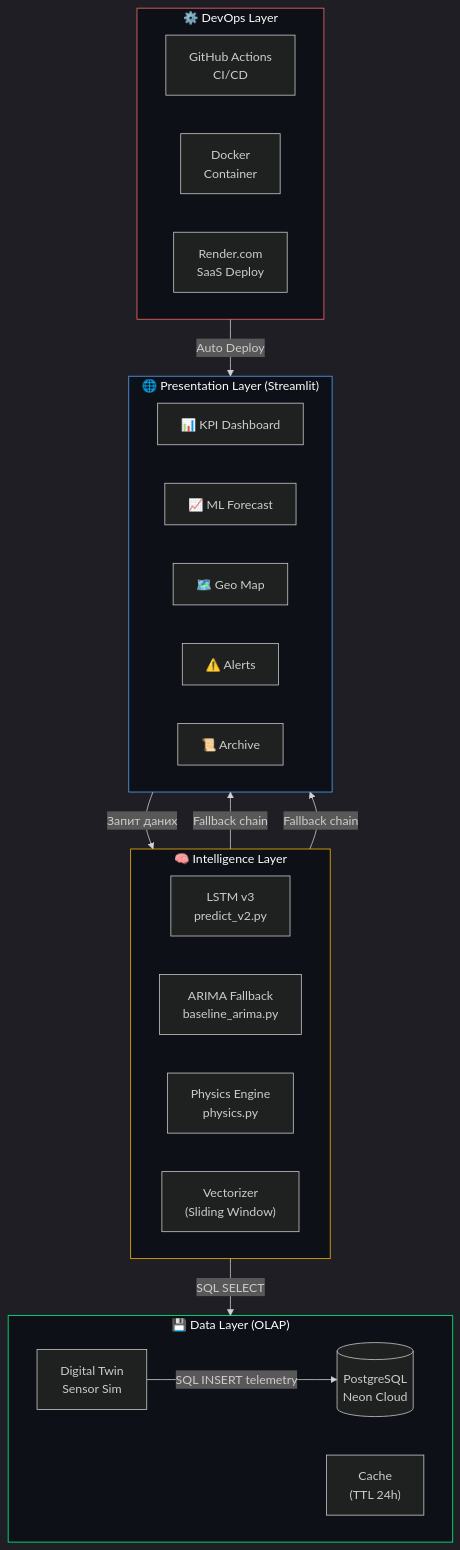
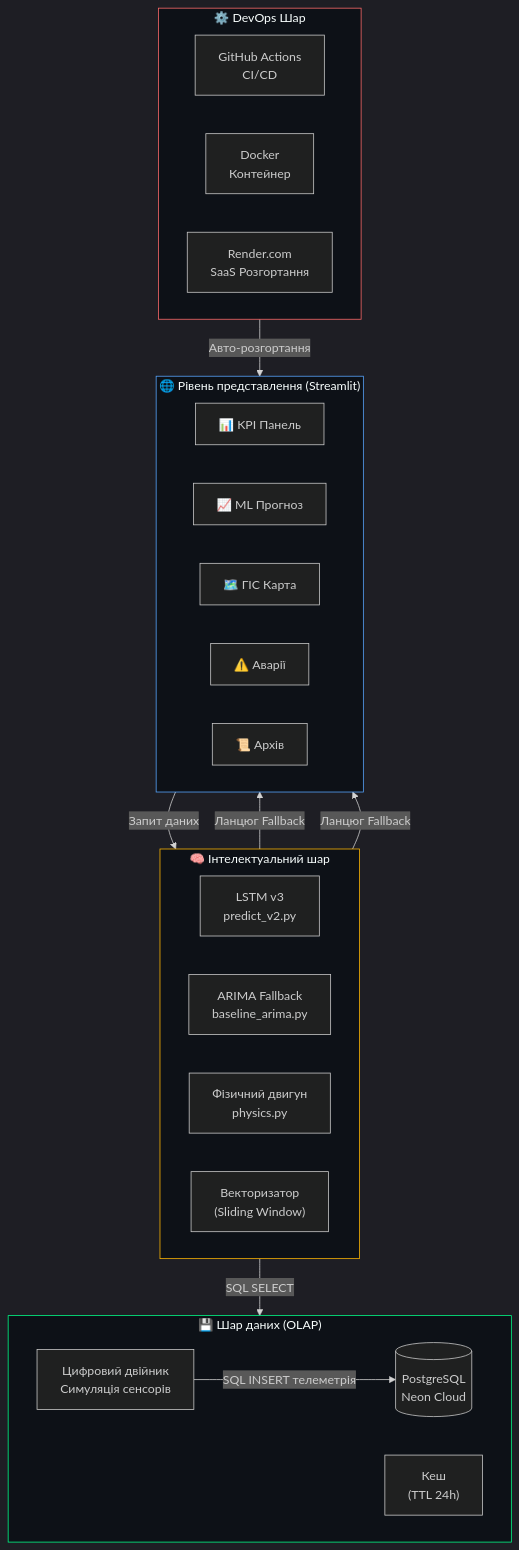
Before and after one commit to Lutvunenko-Dmutro/EnergyMonitor-OLAP: the first of 2 diagrams in ARCHITECTURE.md, drawn with Mermaid. The commit also changed other lines of this file and 4 other files, not shown here.

Commit message:
Docs: Complete Ukrainian translation of all documentation files (README, ARCHITECTURE, STATUS, DEVELOPMENT, DEPLOYMENT)

````diff
--- a/ARCHITECTURE.md
+++ b/ARCHITECTURE.md
@@ -11,45 +11,45 @@
 ```mermaid
 %%{init: {'theme': 'dark'}}%%
 graph TB
-    subgraph UI["🌐 Presentation Layer (Streamlit)"]
+    subgraph UI["🌐 Рівень представлення (Streamlit)"]
         direction LR
-        A1["📊 KPI Dashboard"]
-        A2["📈 ML Forecast"]
-        A3["🗺️ Geo Map"]
-        A4["⚠️ Alerts"]
-        A5["📜 Archive"]
+        A1["📊 KPI Панель"]
+        A2["📈 ML Прогноз"]
+        A3["🗺️ ГІС Карта"]
+        A4["⚠️ Аварії"]
+        A5["📜 Архів"]
     end
 
-    subgraph CORE["🧠 Intelligence Layer"]
+    subgraph CORE["🧠 Інтелектуальний шар"]
         direction LR
         B1["LSTM v3\npredict_v2.py"]
         B2["ARIMA Fallback\nbaseline_arima.py"]
-        B3["Physics Engine\nphysics.py"]
-        B4["Vectorizer\n(Sliding Window)"]
+        B3["Фізичний двигун\nphysics.py"]
+        B4["Векторизатор\n(Sliding Window)"]
     end
 
-    subgraph DATA["💾 Data Layer (OLAP)"]
+    subgraph DATA["💾 Шар даних (OLAP)"]
         direction LR
         C1[("PostgreSQL\nNeon Cloud")]
-        C2["Cache\n(TTL 24h)"]
-        C3["Digital Twin\nSensor Sim"]
+        C2["Кеш\n(TTL 24h)"]
+        C3["Цифровий двійник\nСимуляція сенсорів"]
     end
 
-    subgraph DEVOPS["⚙️ DevOps Layer"]
+    subgraph DEVOPS["⚙️ DevOps Шар"]
         direction LR
         D1["GitHub Actions\nCI/CD"]
-        D2["Docker\nContainer"]
-        D3["Render.com\nSaaS Deploy"]
+        D2["Docker\nКонтейнер"]
+        D3["Render.com\nSaaS Розгортання"]
     end
 
     UI -->|"Запит даних"| CORE
     CORE -->|"SQL SELECT"| DATA
-    C3 -->|"SQL INSERT telemetry"| C1
-    B1 & B2 -->|"Fallback chain"| UI
-    DEVOPS -->|"Auto Deploy"| UI
+    C3 -->|"SQL INSERT телеметрія"| C1
+    B1 & B2 -->|"Ланцюг Fallback"| UI
+    DEVOPS -->|"Авто-розгортання"| UI
 
     style UI fill:#0d1117,stroke:#58a6ff
     style CORE fill:#0d1117,stroke:#ffb703
     style DATA fill:#0d1117,stroke:#00ff88
     style DEVOPS fill:#0d1117,stroke:#ff6b6b
 ```
````
